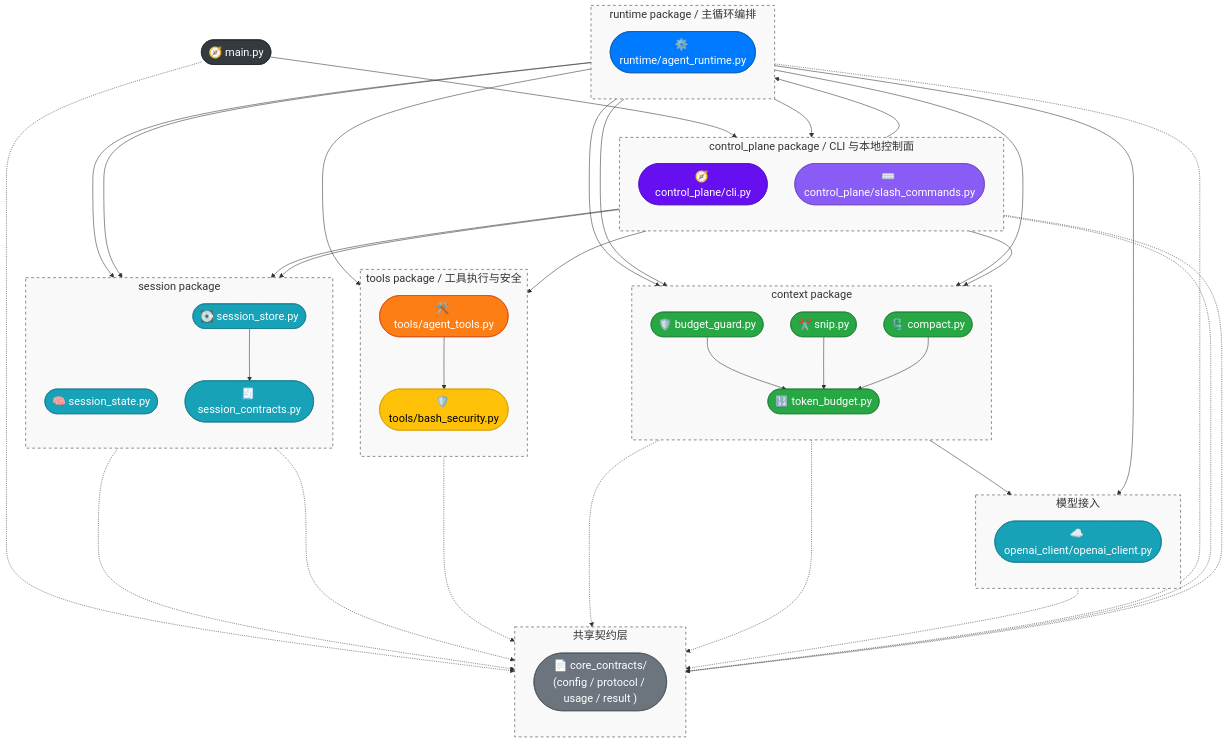
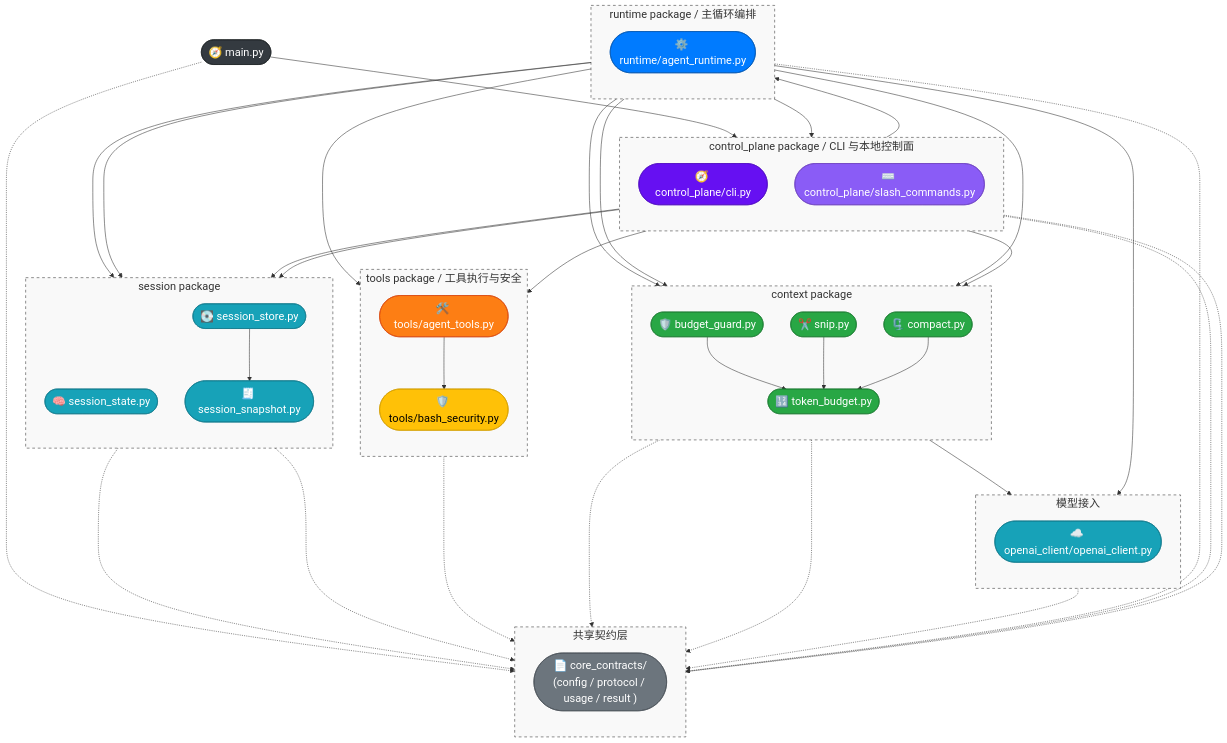
The diagram in docs/Architecture.md (WenXingming/ClawCodeAgent), drawn with Mermaid before and after one commit. The commit also changed 19 other files, not shown here.

Commit message:
Refactor: Rename session contracts and refactor docs of context, update references

```diff
--- a/docs/Architecture.md
+++ b/docs/Architecture.md
@@ -77,7 +77,7 @@
         direction TB
         n_session_state(["🧠 session_state.py"])
         n_session_store(["💽 session_store.py"])
-        n_session_contracts(["🧾 session_contracts.py"])
+        n_session_snapshot(["🧾 session_snapshot.py"])
         style SessionPkg fill:#f9f9f9,stroke:#333,stroke-dasharray: 5 5
     end
 
@@ -111,7 +111,7 @@
     n_tools --> n_bash_security
 
     %% ================= Session =================
-    n_session_store --> n_session_contracts
+    n_session_store --> n_session_snapshot
 
     %% ================= Context =================
     n_budget_guard --> n_token_budget
@@ -129,7 +129,7 @@
     n_tools -.-> n_core_contracts
     n_openai_client -.-> n_core_contracts
     n_session_state -.-> n_core_contracts
-    n_session_contracts -.-> n_core_contracts
+    n_session_snapshot -.-> n_core_contracts
     n_budget_guard -.-> n_core_contracts
     n_compact -.-> n_core_contracts
 
@@ -142,7 +142,7 @@
     style n_openai_client fill:#17a2b8,color:#fff,stroke:#117a8b
     style n_bash_security fill:#ffc107,color:#000,stroke:#d39e00
     style n_session_state fill:#17a2b8,color:#fff,stroke:#117a8b
-    style n_session_contracts fill:#17a2b8,color:#fff,stroke:#117a8b
+    style n_session_snapshot fill:#17a2b8,color:#fff,stroke:#117a8b
     style n_session_store fill:#17a2b8,color:#fff,stroke:#117a8b
     style n_token_budget fill:#28a745,color:#fff,stroke:#1e7e34
     style n_budget_guard fill:#28a745,color:#fff,stroke:#1e7e34
```
